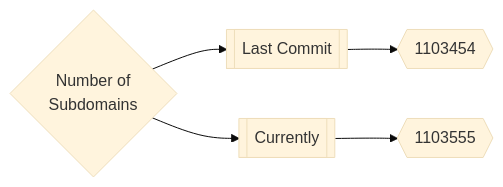
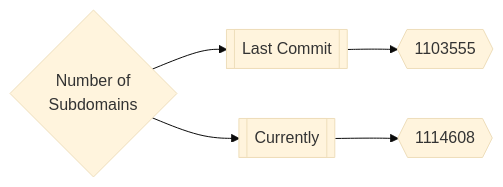
The first of 3 diagrams in README.md (trickest/inventory), drawn with Mermaid (base theme) before and after one commit. The commit also changed other lines of this file and 167 other files, not shown here.

````diff
--- a/README.md
+++ b/README.md
@@ -165,5 +165,5 @@
 ```mermaid
 graph LR
-title{Number of<br>Subdomains} --> subdomainsDate1[[Last Commit]] --> subdomainsNum1{{1103454}}
-title --> subdomainsDate2[[Currently]] --> subdomainsNum2{{1103555}}
+title{Number of<br>Subdomains} --> subdomainsDate1[[Last Commit]] --> subdomainsNum1{{1103555}}
+title --> subdomainsDate2[[Currently]] --> subdomainsNum2{{1114608}}
 ```
````
